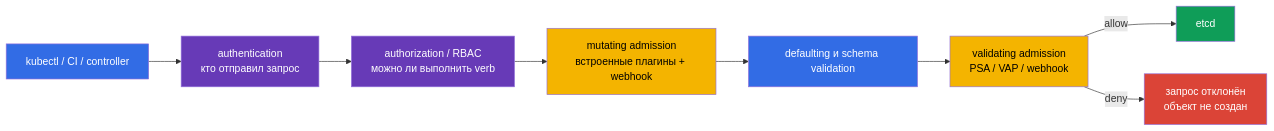
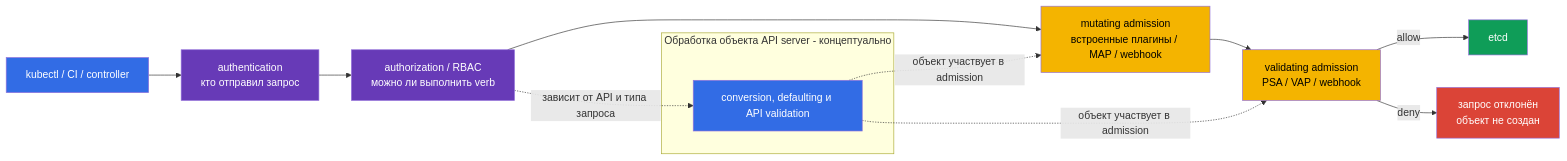
The diagram in tasks/cks/course/20/ru.md (ViktorUJ/cks), drawn with Mermaid before and after one commit. The commit also changed other lines of this file and 32 other files, not shown here.

````diff
--- a/tasks/cks/course/20/ru.md
+++ b/tasks/cks/course/20/ru.md
@@ -30,18 +30,25 @@
 ```mermaid
 flowchart LR
     client["kubectl / CI / controller"] --> authn["authentication\nкто отправил запрос"]
     authn --> authz["authorization / RBAC\nможно ли выполнить verb"]
-    authz --> mutate["mutating admission\nвстроенные плагины + webhook"]
-    mutate --> schema["defaulting и schema validation"]
-    schema --> validate["validating admission\nPSA / VAP / webhook"]
+    authz --> mutate["mutating admission\nвстроенные плагины / MAP / webhook"]
+    mutate --> validate["validating admission\nPSA / VAP / webhook"]
     validate -->|"allow"| etcd["etcd"]
     validate -->|"deny"| rejected["запрос отклонён\nобъект не создан"]
+
+    subgraph api["Обработка объекта API server - концептуально"]
+        conversion["conversion, defaulting и API validation"]
+    end
+    authz -. "зависит от API и типа запроса" .-> conversion
+    conversion -. "объект участвует в admission" .-> mutate
+    conversion -. "объект участвует в admission" .-> validate
+
     style client fill:#326ce5,color:#fff
     style authn fill:#673ab7,color:#fff
     style authz fill:#673ab7,color:#fff
     style mutate fill:#f4b400,color:#000
-    style schema fill:#326ce5,color:#fff
+    style conversion fill:#326ce5,color:#fff
     style validate fill:#f4b400,color:#000
     style etcd fill:#0f9d58,color:#fff
     style rejected fill:#db4437,color:#fff
 ```
````
